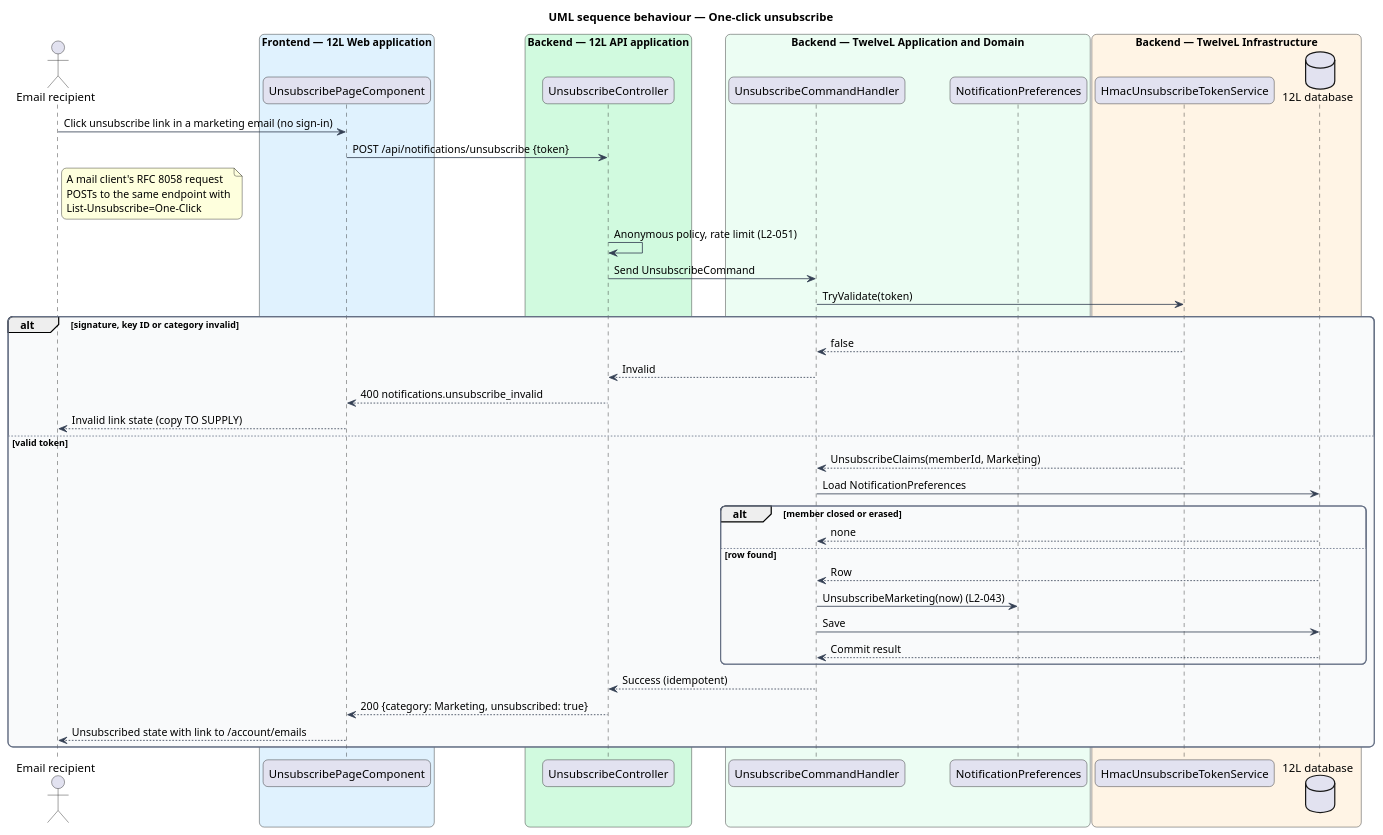
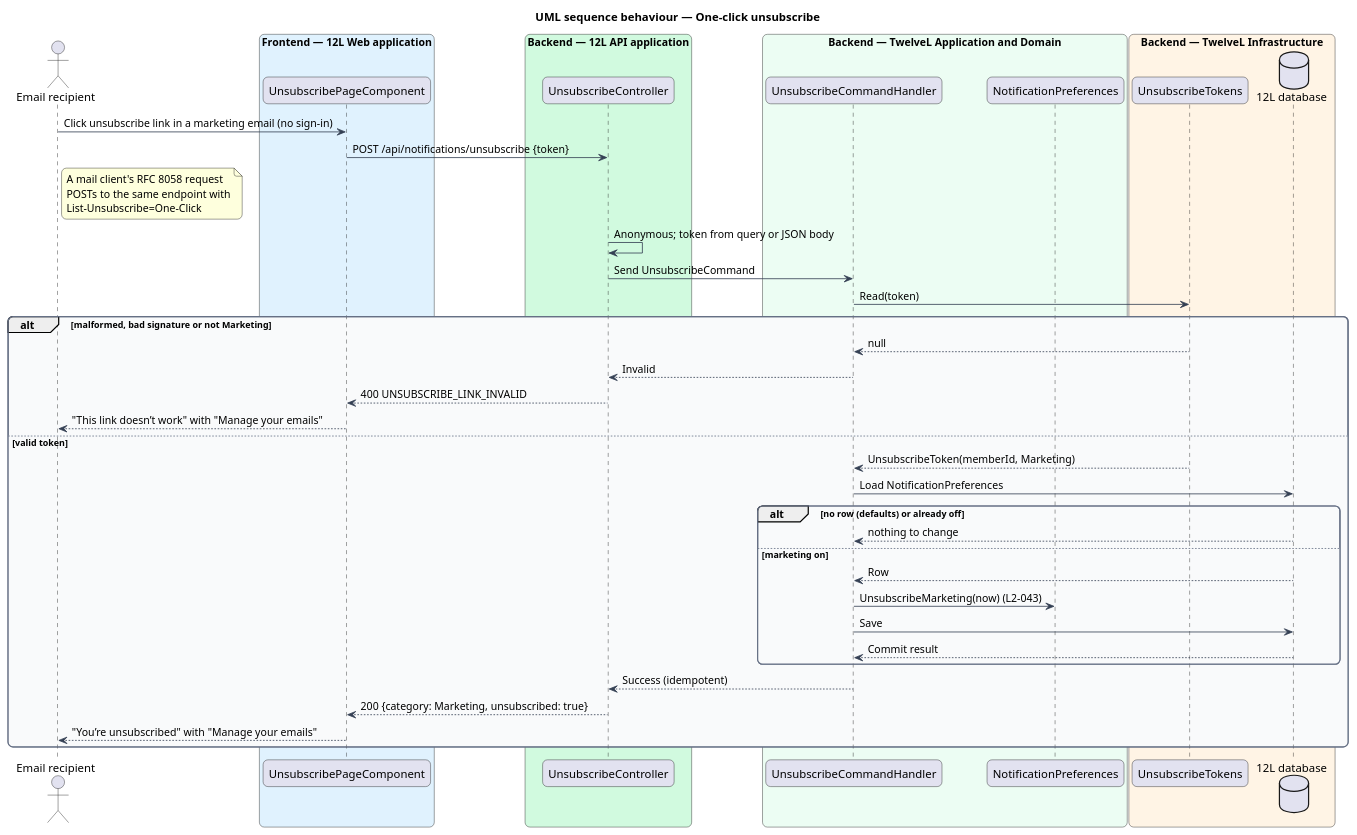
Before and after one commit to QuinntyneBrown/12l: the diagram in docs/detailed-designs/notifications/manage-notification-preferences/diagrams/sequence-unsubscribe.puml, drawn with PlantUML. The commit also changed 72 other files, not shown here.

Commit message:
Document manage-notification-preferences: design, ADR notifications/0002, L2-043, Switch and Toast, composition, estimates

```diff
--- a/docs/detailed-designs/notifications/manage-notification-preferences/diagrams/sequence-unsubscribe.puml
+++ b/docs/detailed-designs/notifications/manage-notification-preferences/diagrams/sequence-unsubscribe.puml
@@ -1,62 +1,62 @@
 @startuml
 title UML sequence behaviour — One-click unsubscribe
 skinparam backgroundColor #FFFFFF
 skinparam shadowing false
 skinparam roundcorner 12
 skinparam defaultFontName Arial
 skinparam ArrowColor #344054
 skinparam rectangle {
   BorderColor #344054
   FontColor #101828
 }
 skinparam package {
   BorderColor #667085
   FontColor #101828
   BackgroundColor #F9FAFB
 }
 actor "Email recipient" as actor
 box "Frontend — 12L Web application" #E0F2FE
   participant "UnsubscribePageComponent" as page
 end box
 box "Backend — 12L API application" #D1FADF
   participant "UnsubscribeController" as controller
 end box
 box "Backend — TwelveL Application and Domain" #ECFDF3
   participant "UnsubscribeCommandHandler" as handler
   participant "NotificationPreferences" as entity
 end box
 box "Backend — TwelveL Infrastructure" #FFF4E5
-  participant "HmacUnsubscribeTokenService" as tokens
+  participant "UnsubscribeTokens" as tokens
   database "12L database" as db
 end box
 actor -> page : Click unsubscribe link in a marketing email (no sign-in)
 page -> controller : POST /api/notifications/unsubscribe {token}
 note right of actor
   A mail client's RFC 8058 request
   POSTs to the same endpoint with
   List-Unsubscribe=One-Click
 end note
-controller -> controller : Anonymous policy, rate limit (L2-051)
+controller -> controller : Anonymous; token from query or JSON body
 controller -> handler : Send UnsubscribeCommand
-handler -> tokens : TryValidate(token)
-alt signature, key ID or category invalid
-  tokens --> handler : false
+handler -> tokens : Read(token)
+alt malformed, bad signature or not Marketing
+  tokens --> handler : null
   handler --> controller : Invalid
-  controller --> page : 400 notifications.unsubscribe_invalid
-  page --> actor : Invalid link state (copy TO SUPPLY)
+  controller --> page : 400 UNSUBSCRIBE_LINK_INVALID
+  page --> actor : "This link doesn’t work" with "Manage your emails"
 else valid token
-  tokens --> handler : UnsubscribeClaims(memberId, Marketing)
+  tokens --> handler : UnsubscribeToken(memberId, Marketing)
   handler -> db : Load NotificationPreferences
-  alt member closed or erased
-    db --> handler : none
-  else row found
+  alt no row (defaults) or already off
+    db --> handler : nothing to change
+  else marketing on
     db --> handler : Row
     handler -> entity : UnsubscribeMarketing(now) (L2-043)
     handler -> db : Save
     db --> handler : Commit result
   end
   handler --> controller : Success (idempotent)
   controller --> page : 200 {category: Marketing, unsubscribed: true}
-  page --> actor : Unsubscribed state with link to /account/emails
+  page --> actor : "You’re unsubscribed" with "Manage your emails"
 end
 @enduml
```
